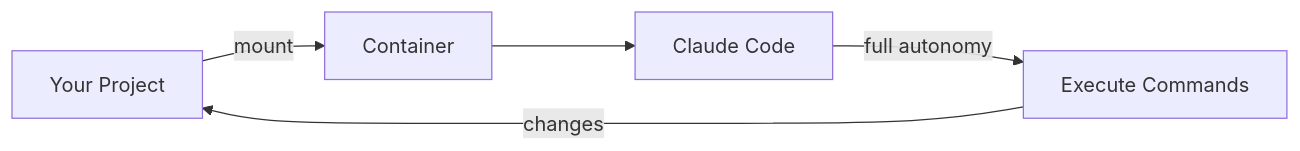
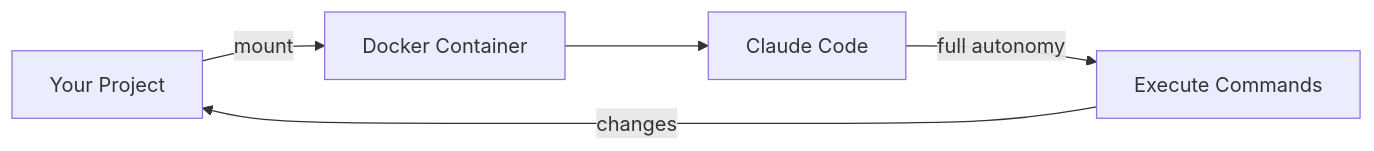
One commit to tsilva/claudebox changed the diagram in README.md. Above: the diagram before and after it, drawn with Mermaid. The commit also changed other lines of this file and 6 other files, not shown here.

Commit message:
Update claude-sandbox to use Docker instead of Apple Container CLI, revise documentation for clarity, and enhance scripts for container management.

````diff
--- a/README.md
+++ b/README.md
@@ -78,7 +76,7 @@
 ```mermaid
 graph LR
-    A[Your Project] -->|mount| B[Container]
+    A[Your Project] -->|mount| B[Docker Container]
     B --> C[Claude Code]
     C -->|full autonomy| D[Execute Commands]
     D -->|changes| A
 ```
````
